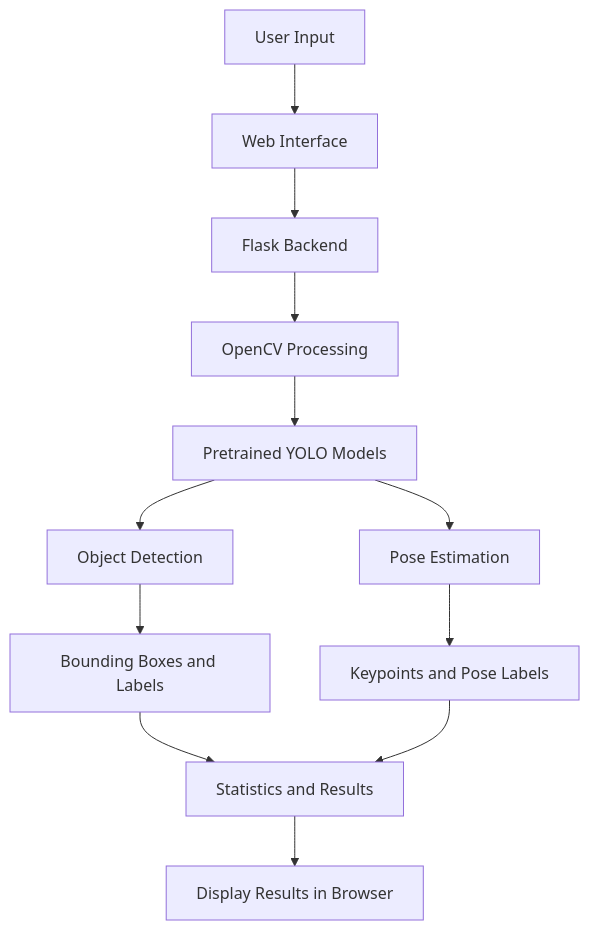
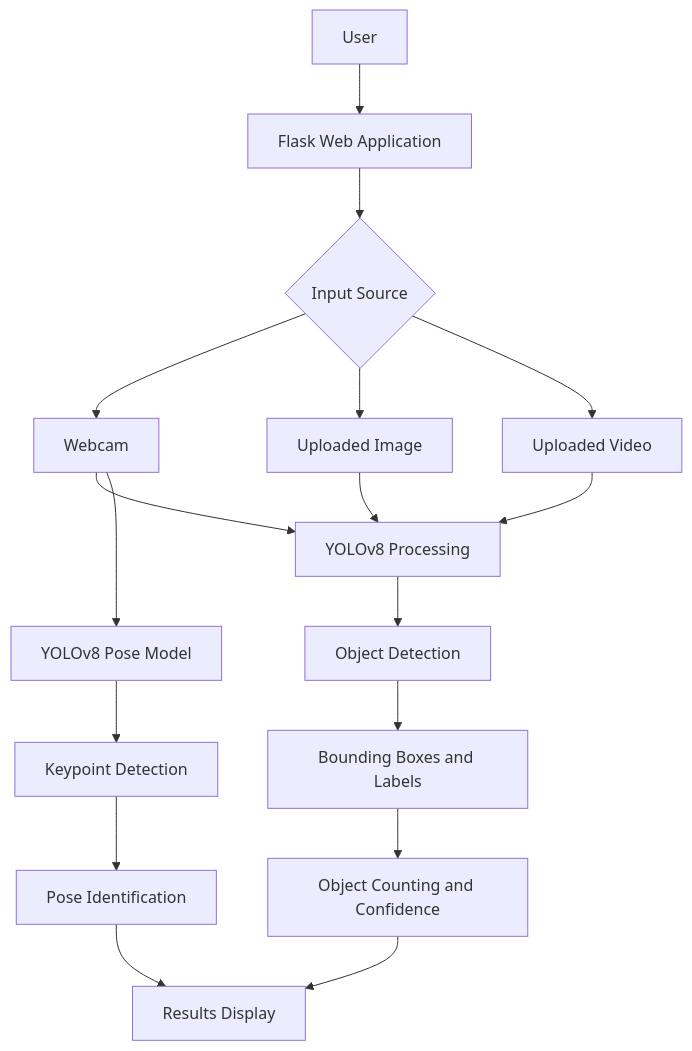
Before and after one commit to faijalshaikh3/deep_learning_project: the diagram in README.md, drawn with Mermaid. The commit also changed other lines of this file, not shown here.

````diff
--- a/README.md
+++ b/README.md
@@ -137,14 +75,19 @@
 ```mermaid
 flowchart TD
-    A[User Input] --> B[Web Interface]
-    B --> C[Flask Backend]
-    C --> D[OpenCV Processing]
-    D --> E[Pretrained YOLO Models]
-    E --> F[Object Detection]
-    E --> G[Pose Estimation]
-    F --> H[Bounding Boxes and Labels]
-    G --> I[Keypoints and Pose Labels]
-    H --> J[Statistics and Results]
-    I --> J
-    J --> K[Display Results in Browser]
+    A[User] --> B[Flask Web Application]
+    B --> C{Input Source}
+    C --> D[Webcam]
+    C --> E[Uploaded Image]
+    C --> F[Uploaded Video]
+    D --> G[YOLOv8 Processing]
+    E --> G
+    F --> G
+    G --> H[Object Detection]
+    H --> I[Bounding Boxes and Labels]
+    I --> J[Object Counting and Confidence]
+    J --> K[Results Display]
+    D --> L[YOLOv8 Pose Model]
+    L --> M[Keypoint Detection]
+    M --> N[Pose Identification]
+    N --> K
 ```
````
